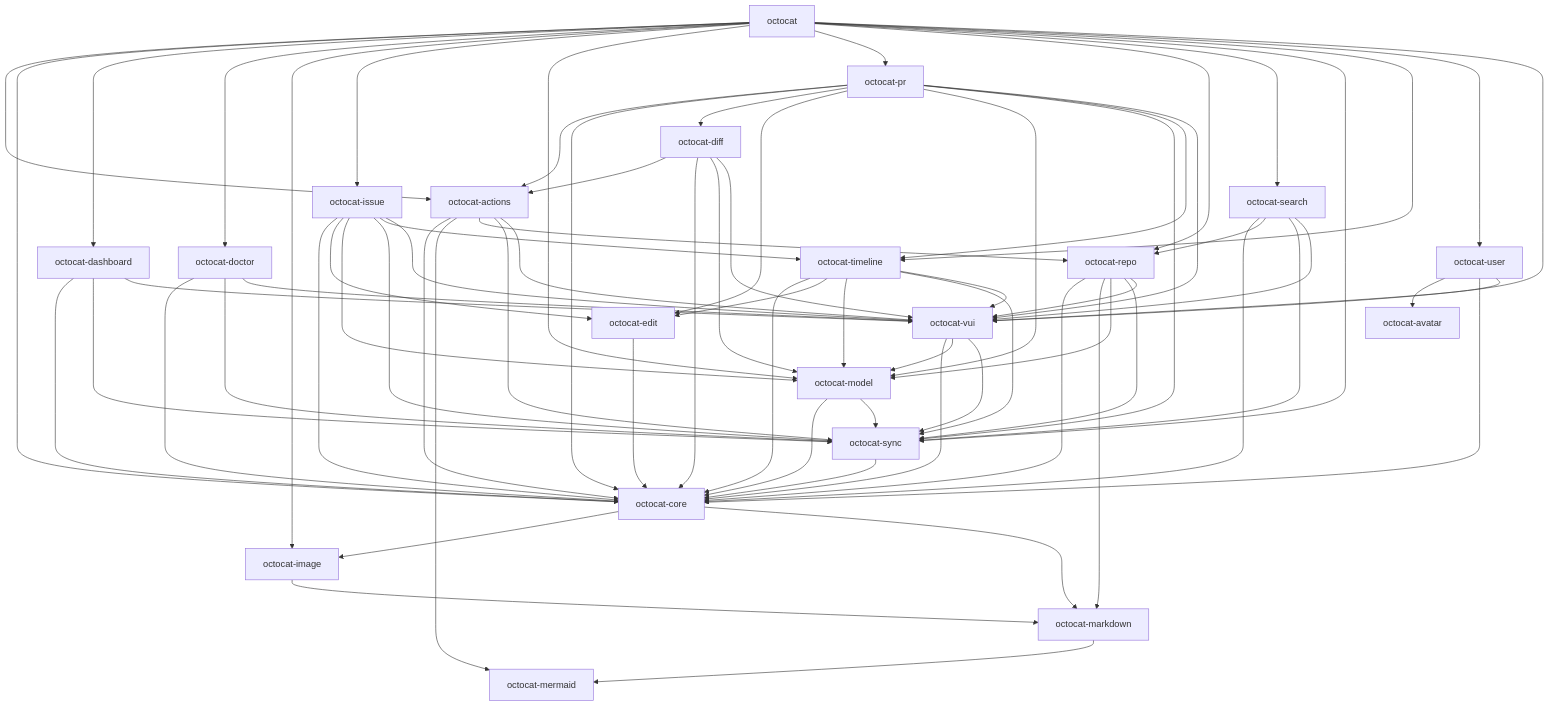
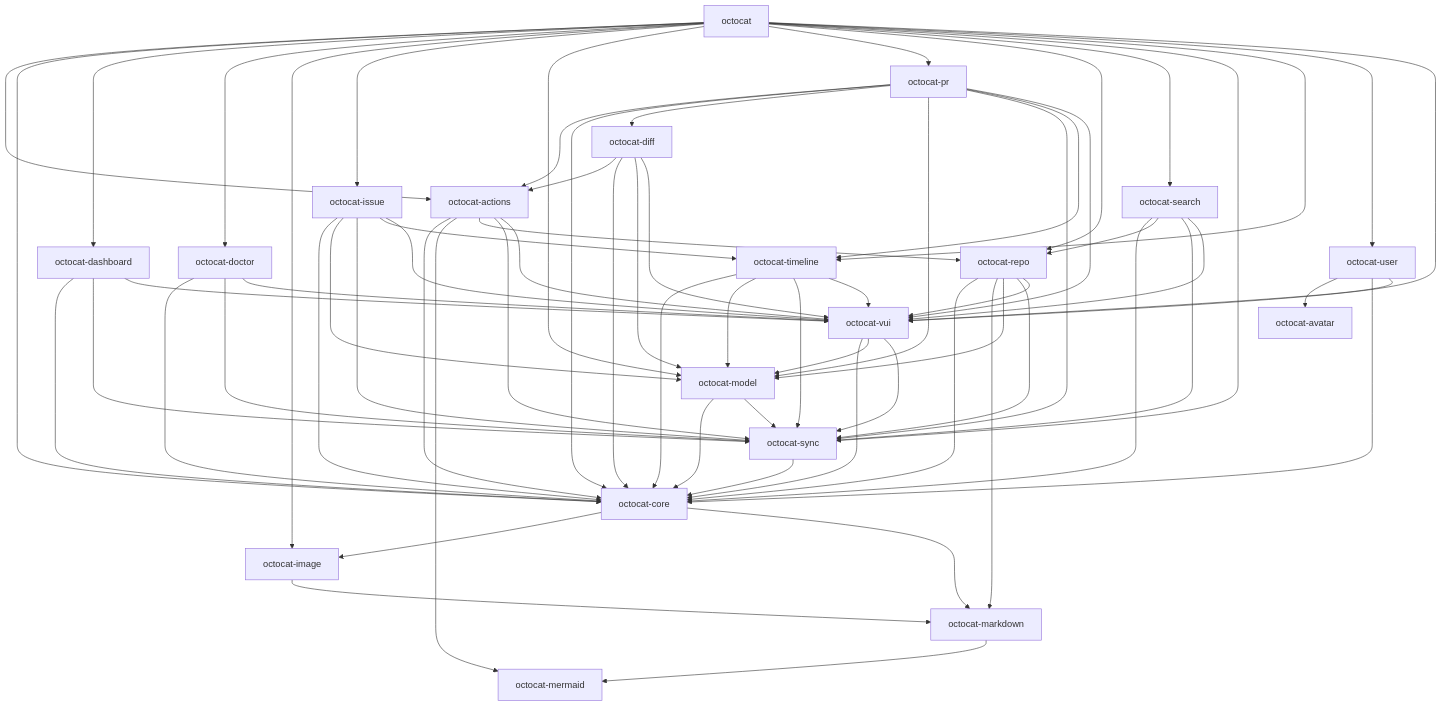
The first of 2 diagrams in docs/architecture.md (razzmatazz/octocat.el), drawn with Mermaid before and after one commit. The commit also changed other lines of this file and 7 other files, not shown here.

First line of the commit message:
Move the edit buffer into octocat-core

```diff
--- a/docs/architecture.md
+++ b/docs/architecture.md
@@ -78,7 +78,6 @@
   octocat_dashboard[octocat-dashboard]
   octocat_diff[octocat-diff]
   octocat_doctor[octocat-doctor]
-  octocat_edit[octocat-edit]
   octocat_image[octocat-image]
   octocat_issue[octocat-issue]
   octocat_markdown[octocat-markdown]
@@ -109,10 +108,8 @@
   octocat_doctor --> octocat_core
   octocat_doctor --> octocat_sync
   octocat_doctor --> octocat_vui
-  octocat_edit --> octocat_core
   octocat_image --> octocat_markdown
   octocat_issue --> octocat_core
-  octocat_issue --> octocat_edit
   octocat_issue --> octocat_model
   octocat_issue --> octocat_sync
   octocat_issue --> octocat_timeline
@@ -123,7 +120,6 @@
   octocat_pr --> octocat_actions
   octocat_pr --> octocat_core
   octocat_pr --> octocat_diff
-  octocat_pr --> octocat_edit
   octocat_pr --> octocat_model
   octocat_pr --> octocat_sync
   octocat_pr --> octocat_timeline
@@ -139,7 +135,6 @@
   octocat_search --> octocat_vui
   octocat_sync --> octocat_core
   octocat_timeline --> octocat_core
-  octocat_timeline --> octocat_edit
   octocat_timeline --> octocat_model
   octocat_timeline --> octocat_sync
   octocat_timeline --> octocat_vui
```
